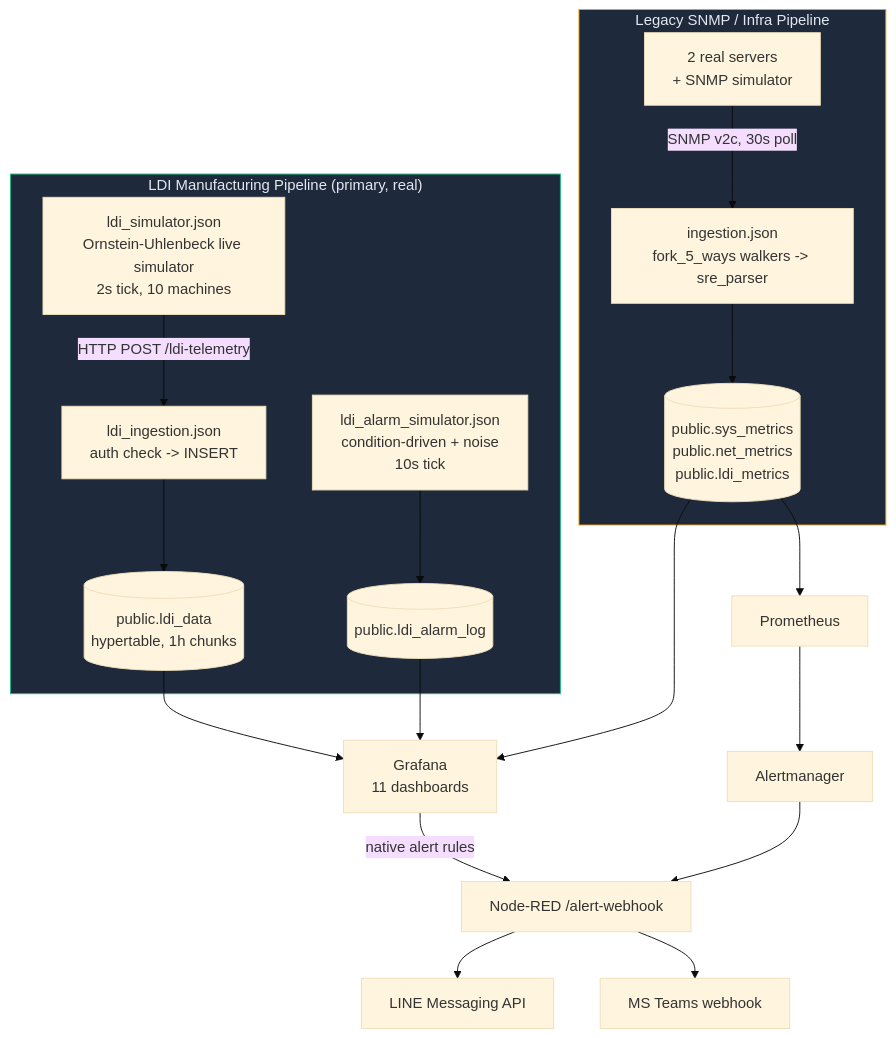
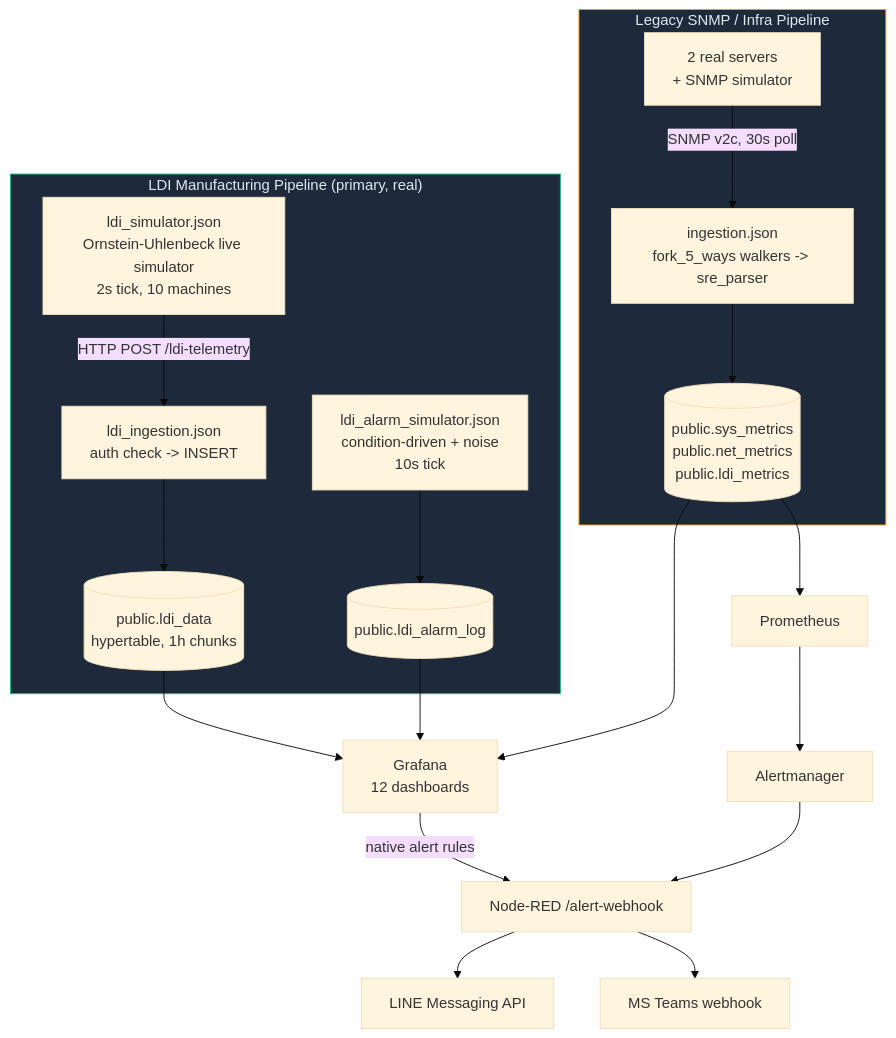
One commit to PATTANAKORN025/IMS changed the diagram in docs/architecture/ARCHITECTURE.md. Above: the diagram before and after it, drawn with Mermaid (base theme). The commit also changed 7 other files, not shown here.

````diff
--- a/docs/architecture/ARCHITECTURE.md
+++ b/docs/architecture/ARCHITECTURE.md
@@ -11,25 +11,25 @@
 ```mermaid
 flowchart TB
     subgraph LDI ["LDI Manufacturing Pipeline (primary, real)"]
         SIM["ldi_simulator.json\nOrnstein-Uhlenbeck live simulator\n2s tick, 10 machines"] -->|"HTTP POST /ldi-telemetry"| ING["ldi_ingestion.json\nauth check -> INSERT"]
         ING --> LDIDATA[("public.ldi_data\nhypertable, 1h chunks")]
         ALMSIM["ldi_alarm_simulator.json\ncondition-driven + noise\n10s tick"] --> ALARMLOG[("public.ldi_alarm_log")]
     end
 
     subgraph LEGACY ["Legacy SNMP / Infra Pipeline"]
         DEV["2 real servers\n+ SNMP simulator"] -->|"SNMP v2c, 30s poll"| NR["ingestion.json\nfork_5_ways walkers -> sre_parser"]
         NR --> SYSMETRICS[("public.sys_metrics\npublic.net_metrics\npublic.ldi_metrics")]
     end
 
-    LDIDATA --> GRAFANA["Grafana\n11 dashboards"]
+    LDIDATA --> GRAFANA["Grafana\n12 dashboards"]
     ALARMLOG --> GRAFANA
     SYSMETRICS --> GRAFANA
     SYSMETRICS --> PROM["Prometheus"]
     GRAFANA -->|"native alert rules"| NRWEBHOOK["Node-RED /alert-webhook"]
     PROM --> AM["Alertmanager"] --> NRWEBHOOK
     NRWEBHOOK --> LINE["LINE Messaging API"]
     NRWEBHOOK --> TEAMS["MS Teams webhook"]
 
     style LDI fill:#1e293b,stroke:#10B981,color:#e2e8f0
     style LEGACY fill:#1e293b,stroke:#F59E0B,color:#e2e8f0
 ```
````
